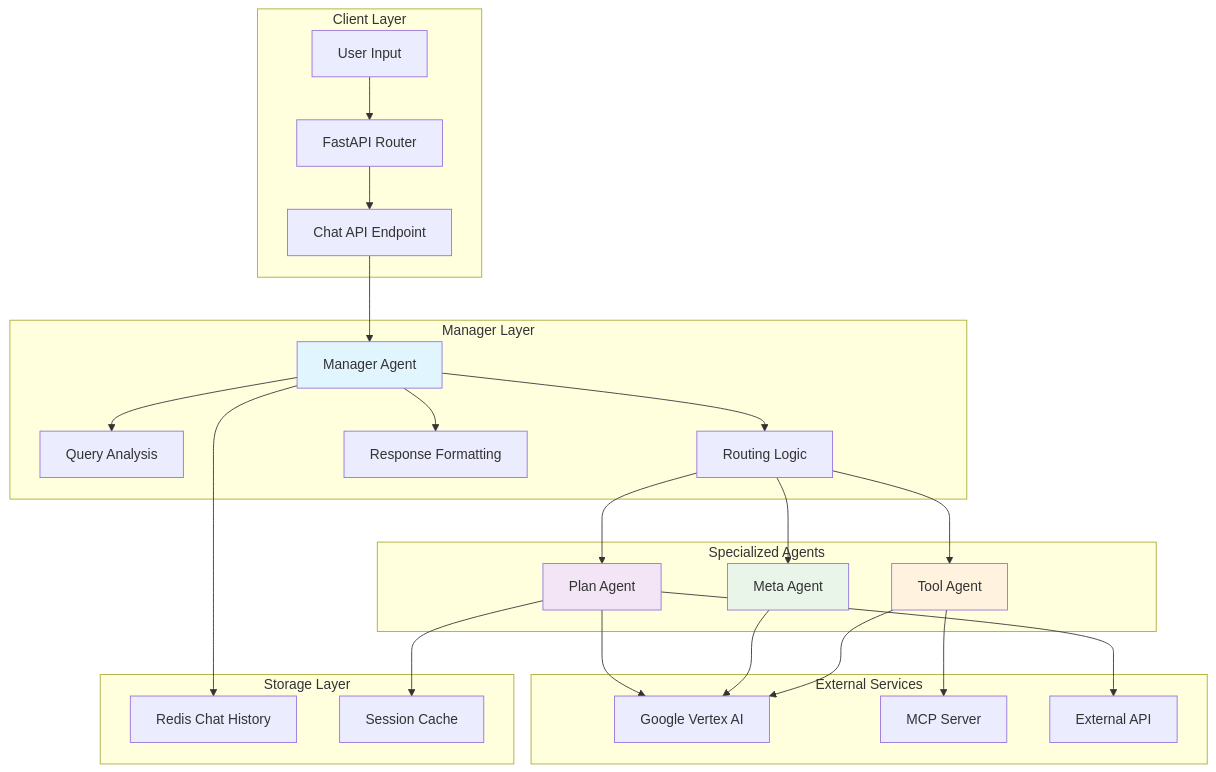
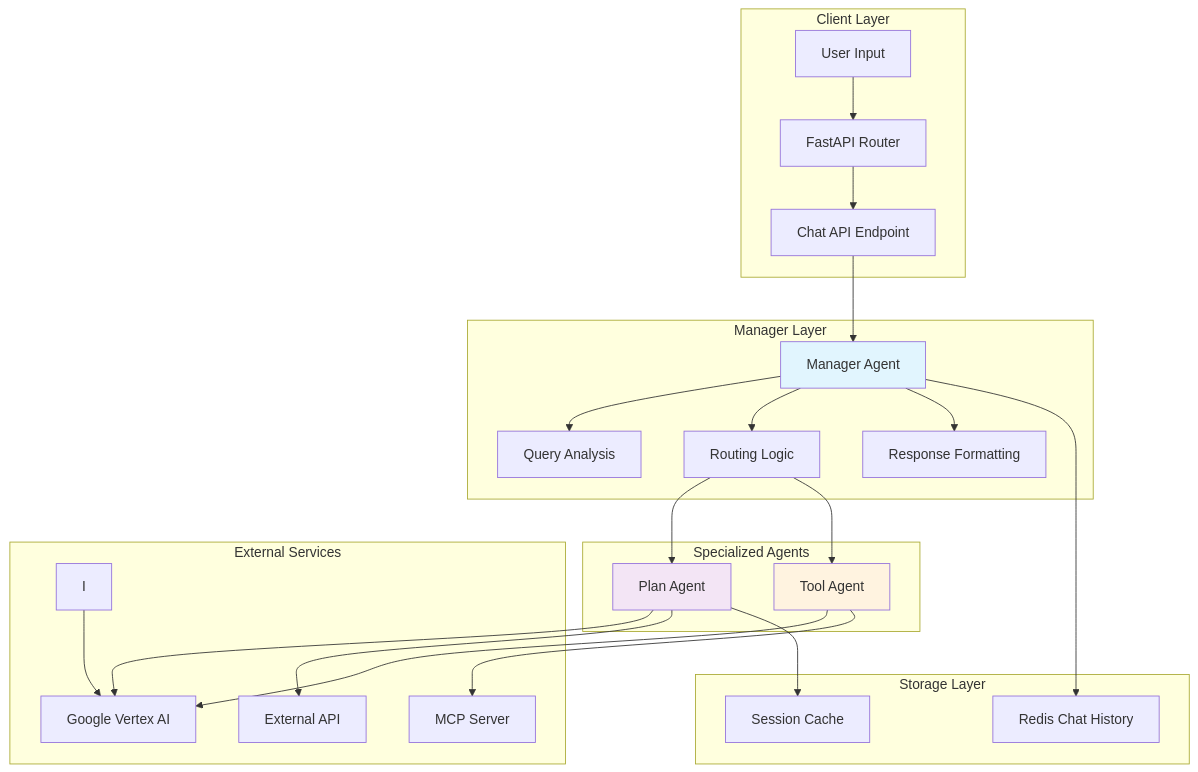
The diagram in docs/01_Kiến_Trúc_Tổng_Quan.md (BaoBao112233/MAS-Planning), drawn with Mermaid before and after one commit. The commit also changed other lines of this file and 11 other files, not shown here.

````diff
--- a/docs/01_Kiến_Trúc_Tổng_Quan.md
+++ b/docs/01_Kiến_Trúc_Tổng_Quan.md
@@ -36,38 +36,36 @@
 ```mermaid
 graph TB
     subgraph "Client Layer"
         A[User Input] --> B[FastAPI Router]
         B --> C[Chat API Endpoint]
     end
     
     subgraph "Manager Layer"
         C --> D[Manager Agent]
         D --> E[Query Analysis]
         D --> F[Routing Logic]
         D --> G[Response Formatting]
     end
     
     subgraph "Specialized Agents"
         F --> H[Plan Agent]
-        F --> I[Meta Agent]
         F --> J[Tool Agent]
     end
     
     subgraph "External Services"
         H --> K[Google Vertex AI]
         I --> K
         J --> K
         J --> L[MCP Server]
         H --> M[External API]
     end
     
     subgraph "Storage Layer"
         D --> N[Redis Chat History]
         H --> O[Session Cache]
     end
     
     style D fill:#e1f5fe
     style H fill:#f3e5f5
-    style I fill:#e8f5e8
     style J fill:#fff3e0
 ```
````
